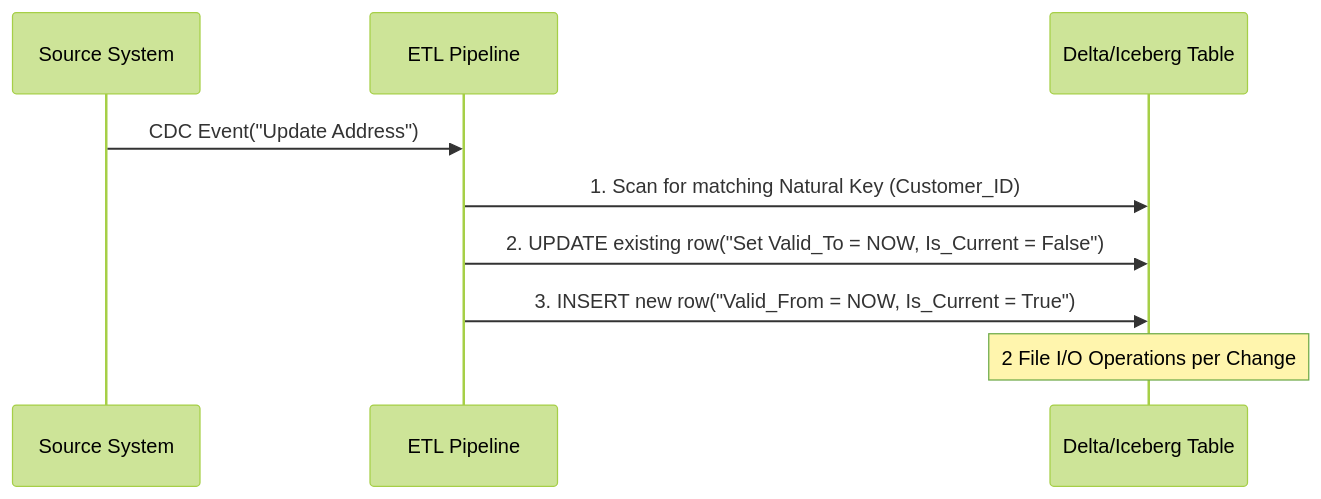
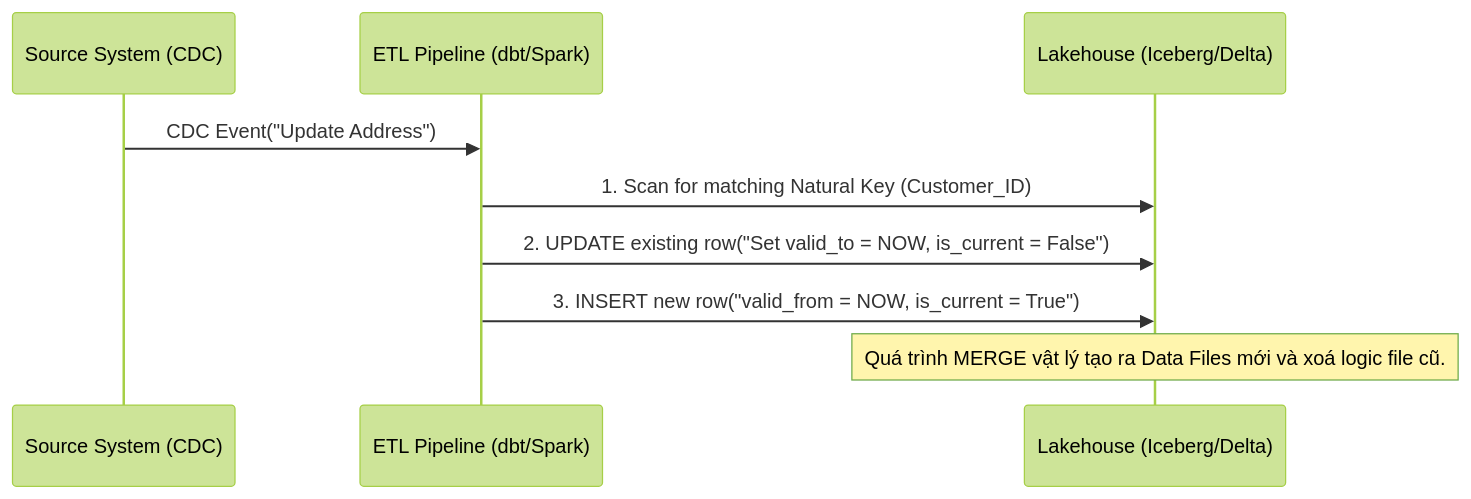
Before and after one commit to kythuatdulieu/kythuatdulieu.github.io: the diagram in src/content/docs/concepts/6-data-modeling-transformation/slowly-changing-dimension.md, drawn with Mermaid (forest theme). The commit also changed other lines of this file and 228 other files, not shown here.

Commit message:
Fix syntax and rewrite 200+ concepts docs to deep-dive system architecture and add GA4 tracking to quiz app

````diff
--- a/src/content/docs/concepts/6-data-modeling-transformation/slowly-changing-dimension.md
+++ b/src/content/docs/concepts/6-data-modeling-transformation/slowly-changing-dimension.md
@@ -41,12 +39,12 @@
 ```mermaid
 sequenceDiagram
-    participant S as Source System
-    participant E as ETL Pipeline
-    participant D as Delta/Iceberg Table
+    participant S as Source System (CDC)
+    participant E as ETL Pipeline (dbt/Spark)
+    participant D as Lakehouse (Iceberg/Delta)
     
     S->>E: CDC Event("Update Address")
     E->>D: 1. Scan for matching Natural Key (Customer_ID)
-    E->>D: 2. UPDATE existing row("Set Valid_To = NOW, Is_Current = False")
-    E->>D: 3. INSERT new row("Valid_From = NOW, Is_Current = True")
-    Note over D: 2 File I/O Operations per Change
+    E->>D: 2. UPDATE existing row("Set valid_to = NOW, is_current = False")
+    E->>D: 3. INSERT new row("valid_from = NOW, is_current = True")
+    Note over D: Quá trình MERGE vật lý tạo ra Data Files mới và xoá logic file cũ.
 ```
````
